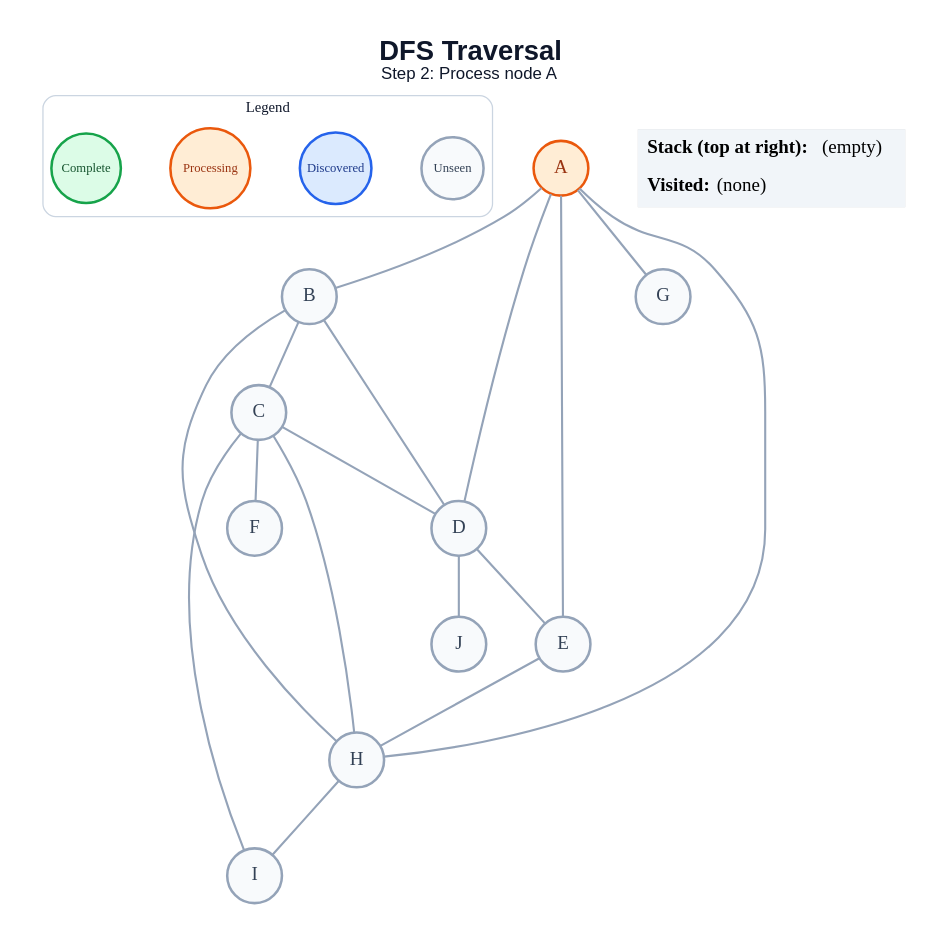
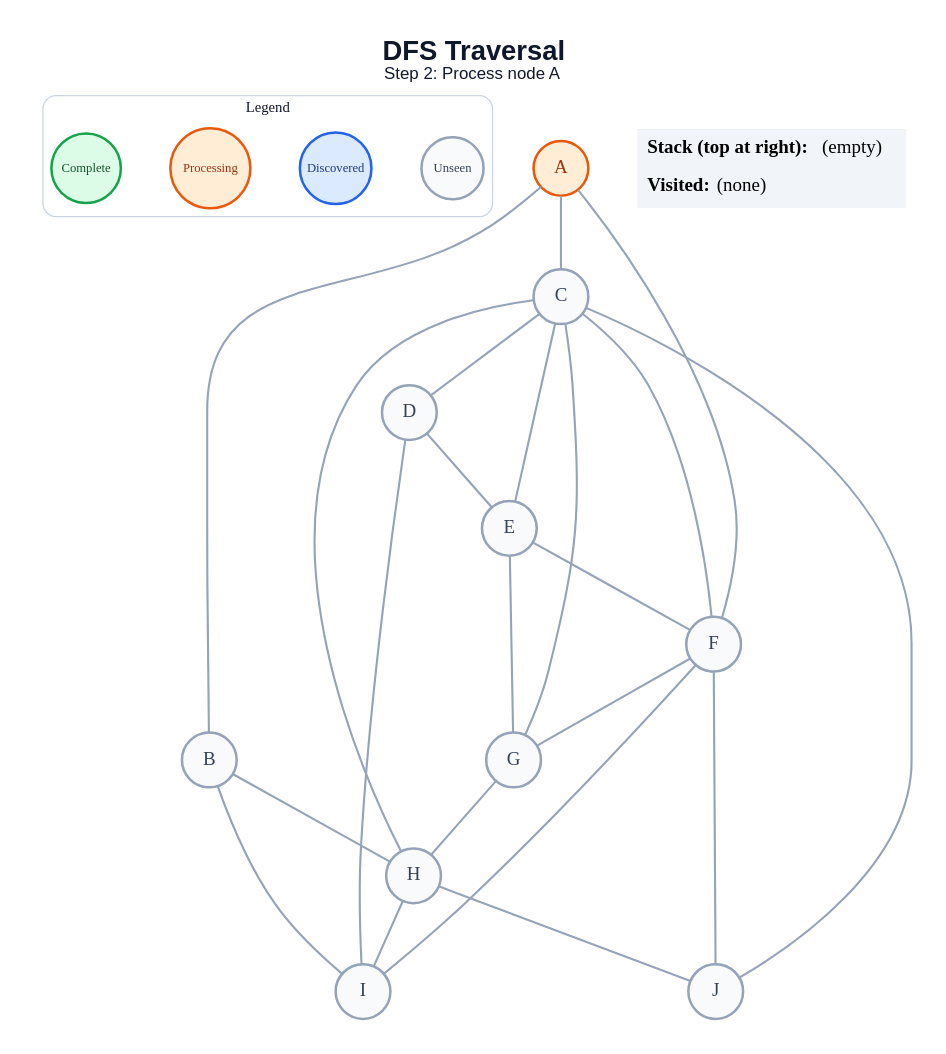
One commit to amanghodawala9/ai-slop changed the diagram in generated/dfs/step_02.dot. Above: the diagram before and after it, drawn with Graphviz. The commit also changed 178 other files, not shown here.

```diff
--- a/generated/dfs/step_02.dot
+++ b/generated/dfs/step_02.dot
@@ -1,45 +1,50 @@
 graph traversal {
   graph [layout=dot, rankdir=TB, bgcolor="#FFFFFF", pad="0.35", nodesep="0.65", ranksep="0.8", fontname="Arial"];
   node [shape=circle, style="filled", fontname="Arial Bold", fontsize=18, width=0.72, fixedsize=true, penwidth=2.4];
   edge [color="#94A3B8", penwidth=2.0];
   label=<<B>DFS Traversal</B><BR/><FONT POINT-SIZE="16">Step 2: Process node A</FONT>>; labelloc="t"; fontsize=26; fontname="Arial"; fontcolor="#0F172A";
   subgraph cluster_legend { label="Legend"; color="#CBD5E1"; penwidth=1.2; style="rounded"; fontsize=14; fontname="Arial Bold";
     key_unseen [label="Unseen", fillcolor="#F8FAFC", color="#94A3B8", fontcolor="#334155", fontsize=12, width=0.82];
     key_frontier [label="Discovered", fillcolor="#DBEAFE", color="#2563EB", fontcolor="#1E3A8A", fontsize=12, width=0.95];
     key_current [label="Processing", fillcolor="#FFEDD5", color="#EA580C", fontcolor="#9A3412", fontsize=12, width=1.05];
     key_done [label="Complete", fillcolor="#DCFCE7", color="#16A34A", fontcolor="#14532D", fontsize=12, width=0.92];
     { rank=same; key_unseen; key_frontier; key_current; key_done; }
   }
   A [fillcolor="#FFEDD5", color="#EA580C", fontcolor="#9A3412"];
   B [fillcolor="#F8FAFC", color="#94A3B8", fontcolor="#334155"];
   C [fillcolor="#F8FAFC", color="#94A3B8", fontcolor="#334155"];
   D [fillcolor="#F8FAFC", color="#94A3B8", fontcolor="#334155"];
   E [fillcolor="#F8FAFC", color="#94A3B8", fontcolor="#334155"];
   F [fillcolor="#F8FAFC", color="#94A3B8", fontcolor="#334155"];
   G [fillcolor="#F8FAFC", color="#94A3B8", fontcolor="#334155"];
   H [fillcolor="#F8FAFC", color="#94A3B8", fontcolor="#334155"];
   I [fillcolor="#F8FAFC", color="#94A3B8", fontcolor="#334155"];
   J [fillcolor="#F8FAFC", color="#94A3B8", fontcolor="#334155"];
   A -- B;
-  A -- D;
-  A -- E;
-  A -- G;
-  A -- H;
-  B -- C;
-  B -- D;
+  A -- C;
+  A -- F;
   B -- H;
+  B -- I;
   C -- D;
+  C -- E;
   C -- F;
+  C -- G;
   C -- H;
-  C -- I;
+  C -- J;
   D -- E;
-  D -- J;
-  E -- H;
+  D -- I;
+  E -- F;
+  E -- G;
+  F -- G;
+  F -- I;
+  F -- J;
+  G -- H;
   H -- I;
+  H -- J;
   status [shape=plain, fixedsize=false, width=0, height=0, margin=0, label=<
     <TABLE BORDER="0" CELLBORDER="0" CELLPADDING="7" BGCOLOR="#F1F5F9">
       <TR><TD ALIGN="LEFT"><B>Stack (top at right):</B> (empty)</TD></TR>
       <TR><TD ALIGN="LEFT"><B>Visited:</B> (none)</TD></TR>
     </TABLE>
   >];
 }
```
